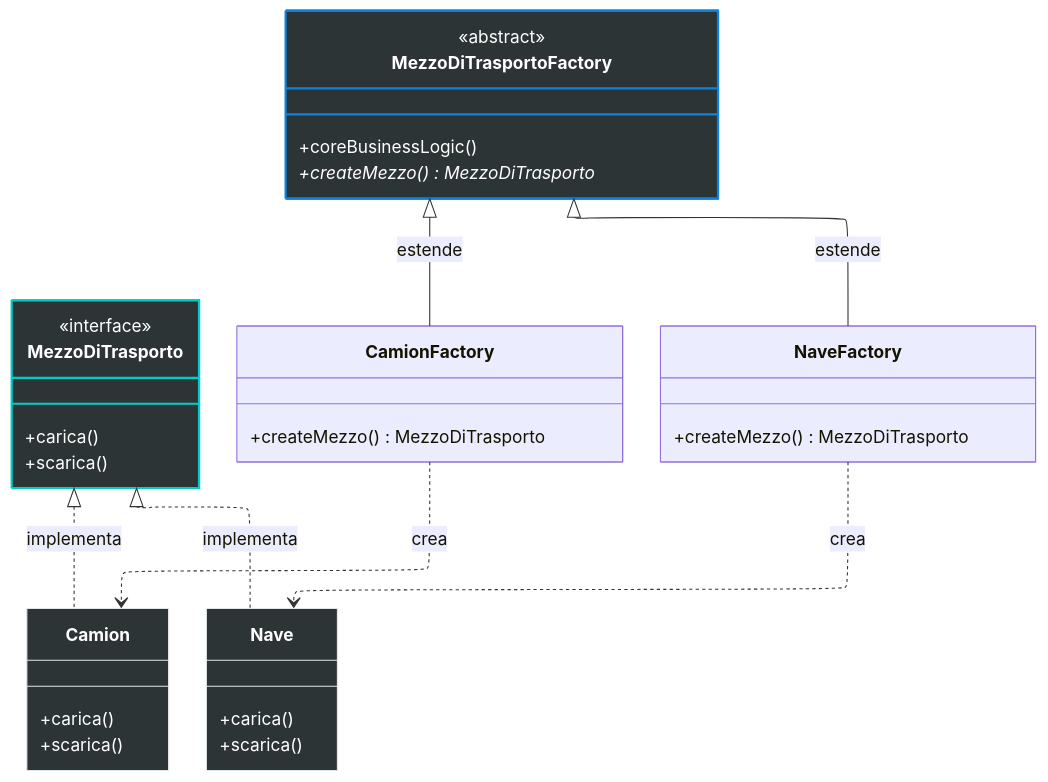
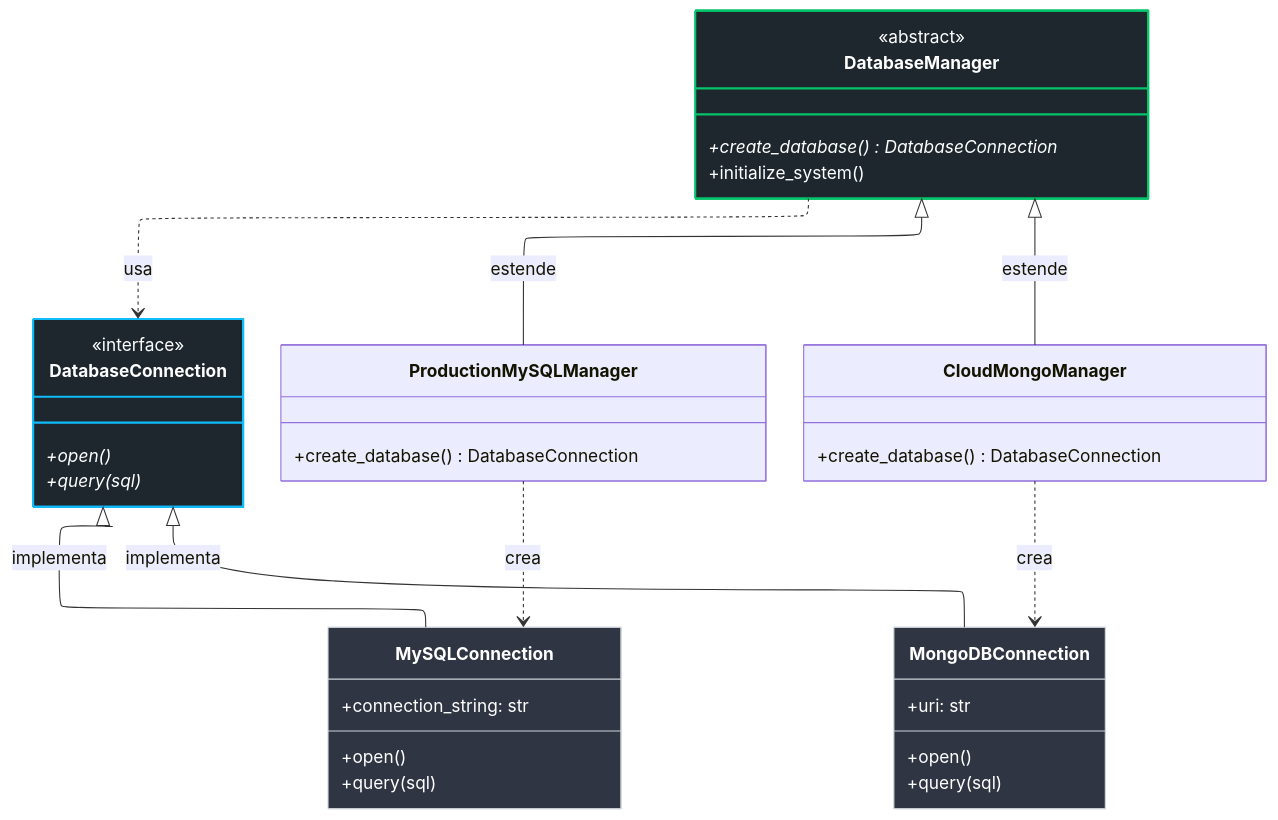
One commit to lucadileo9/design-pattern changed the second of 3 diagrams in 01_creational/factory/README.md. Above: the diagram before and after it, drawn with Mermaid. The commit also changed other lines of this file, not shown here.

Commit message:
refactor(factory): update diagrams

````diff
--- a/01_creational/factory/README.md
+++ b/01_creational/factory/README.md
@@ -47,52 +92,52 @@
 ```mermaid
 %%{init: {"layout": "elk"}}%%
 classDiagram
     direction TD
+
+    %% Gerarchia PRODOTTI
+    class DatabaseConnection {
+        <<interface>>
+        +open()*
+        +query(sql)*
+    }
+    class MySQLConnection {
+        +connection_string: str
+        +open()
+        +query(sql)
+    }
+    class MongoDBConnection {
+        +uri: str
+        +open()
+        +query(sql)
+    }
     
-    %% Definizione Interfacce e Classi
-    class MezzoDiTrasporto {
-        <<interface>>
-        +carica()
-        +scarica()
+    %% Gerarchia CREATORI
+    class DatabaseManager {
+        <<abstract>>
+        +create_database()* DatabaseConnection
+        +initialize_system()
+    }
+    class ProductionMySQLManager {
+        +create_database() DatabaseConnection
+    }
+    class CloudMongoManager {
+        +create_database() DatabaseConnection
     }
 
-    class Camion {
-        +carica()
-        +scarica()
-    }
+    %% Relazioni di Ereditarietà
+    DatabaseConnection <|-- MySQLConnection : implementa
+    DatabaseConnection <|-- MongoDBConnection : implementa
+    DatabaseManager <|-- ProductionMySQLManager : estende
+    DatabaseManager <|-- CloudMongoManager : estende
 
-    class Nave {
-        +carica()
-        +scarica()
-    }
-
-    class MezzoDiTrasportoFactory {
-        <<abstract>>
-        +coreBusinessLogic()
-        +createMezzo()* MezzoDiTrasporto
-    }
-
-    class CamionFactory {
-        +createMezzo() MezzoDiTrasporto
-    }
-
-    class NaveFactory {
-        +createMezzo() MezzoDiTrasporto
-    }
-
-    %% Relazioni
-    MezzoDiTrasporto <|.. Camion : implementa
-    MezzoDiTrasporto <|.. Nave : implementa
-    MezzoDiTrasportoFactory <|-- CamionFactory : estende
-    MezzoDiTrasportoFactory <|-- NaveFactory : estende
-    
-    %% Relazione di creazione (Dependency)
-    CamionFactory ..> Camion : crea
-    NaveFactory ..> Nave : crea
+    %% Relazione di Dipendenza e Creazione
+    DatabaseManager ..> DatabaseConnection : usa
+    ProductionMySQLManager ..> MySQLConnection : crea
+    CloudMongoManager ..> MongoDBConnection : crea
 
     %% Styling
-    style MezzoDiTrasporto fill:#2d3436,stroke:#00cec9,stroke-width:2px,color:#fff
-    style MezzoDiTrasportoFactory fill:#2d3436,stroke:#0984e3,stroke-width:2px,color:#fff
-    style Camion fill:#2d3436,stroke:#dfe6e9,color:#fff
-    style Nave fill:#2d3436,stroke:#dfe6e9,color:#fff
+    style DatabaseConnection fill:#1e272e,stroke:#0fbcf9,stroke-width:2px,color:#fff
+    style DatabaseManager fill:#1e272e,stroke:#05c46b,stroke-width:2px,color:#fff
+    style MySQLConnection fill:#2f3542,stroke:#ced4da,color:#fff
+    style MongoDBConnection fill:#2f3542,stroke:#ced4da,color:#fff
 ```
````
